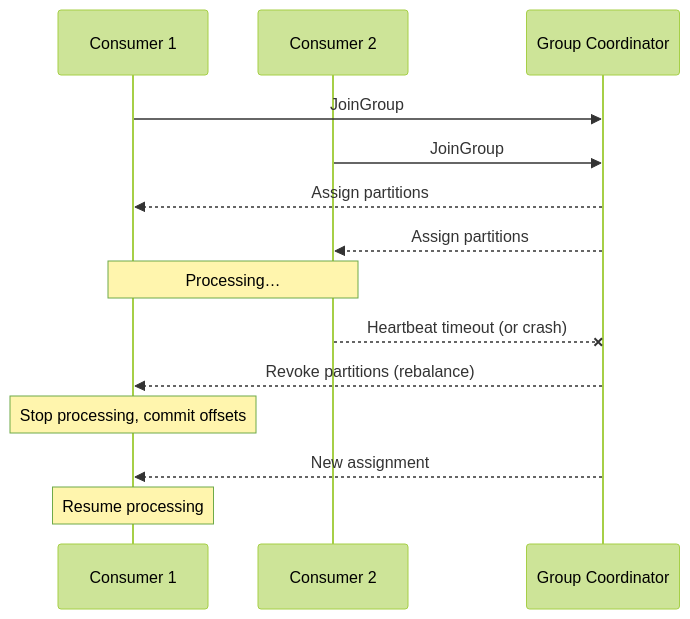
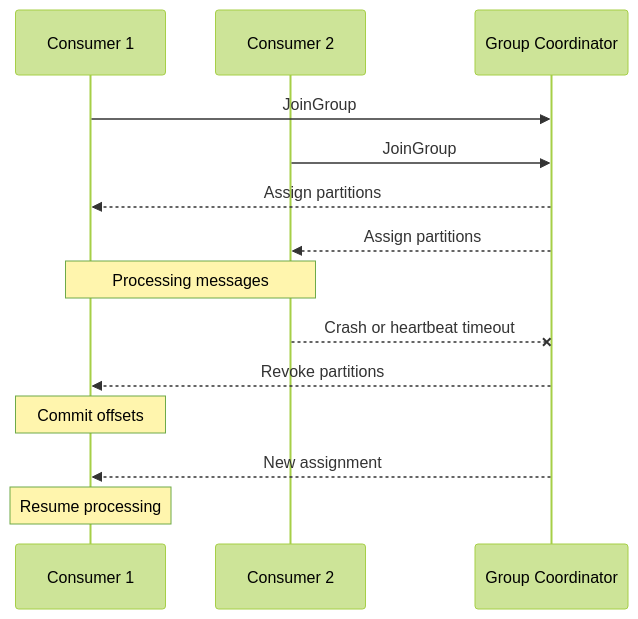
The second of 2 diagrams in 03-core-mechanics.md (manzarul/kafka-interview-questions), drawn with Mermaid (forest theme) before and after one commit. The commit also changed other lines of this file, not shown here.

````diff
--- a/03-core-mechanics.md
+++ b/03-core-mechanics.md
@@ -135,19 +317,19 @@
 ```mermaid
 sequenceDiagram
   participant C1 as Consumer 1
   participant C2 as Consumer 2
   participant GC as Group Coordinator
 
   C1->>GC: JoinGroup
   C2->>GC: JoinGroup
   GC-->>C1: Assign partitions
   GC-->>C2: Assign partitions
 
-  Note over C1,C2: Processing…
+  Note over C1,C2: Processing messages
 
-  C2--xGC: Heartbeat timeout (or crash)
-  GC-->>C1: Revoke partitions (rebalance)
-  Note over C1: Stop processing, commit offsets
+  C2--xGC: Crash or heartbeat timeout
+  GC-->>C1: Revoke partitions
+  Note over C1: Commit offsets
   GC-->>C1: New assignment
   Note over C1: Resume processing
 ```
````
